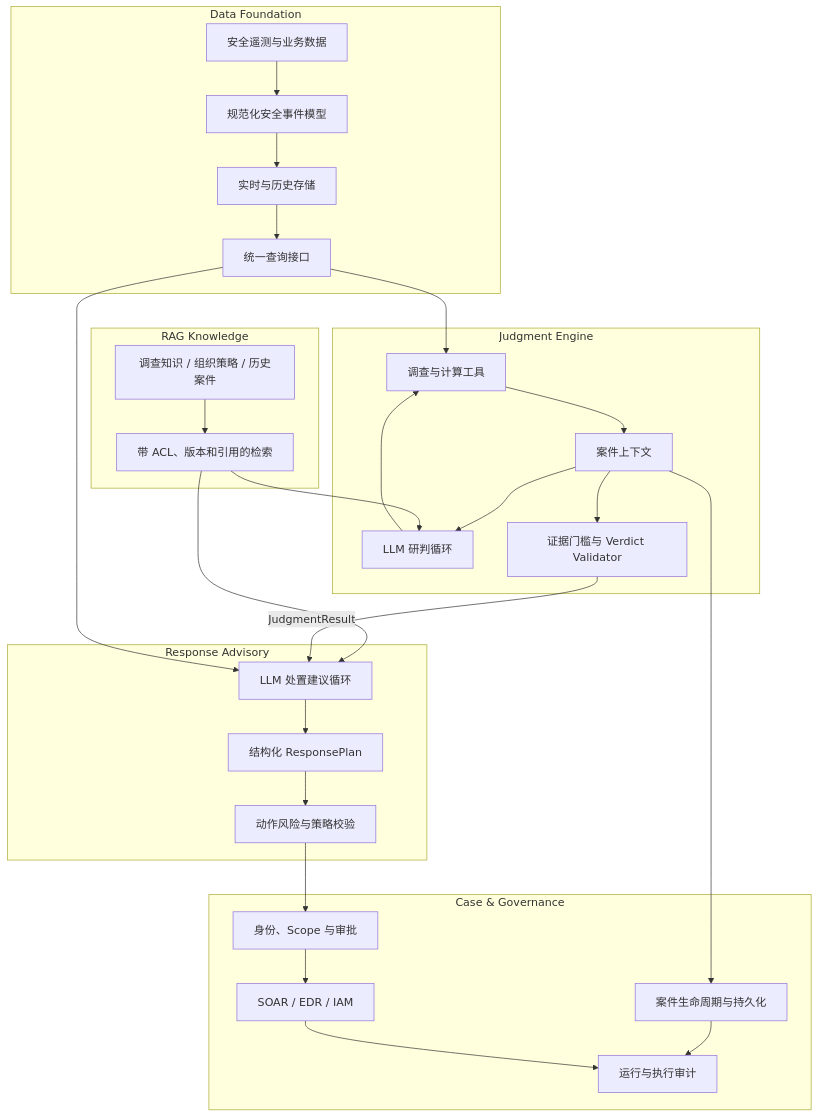
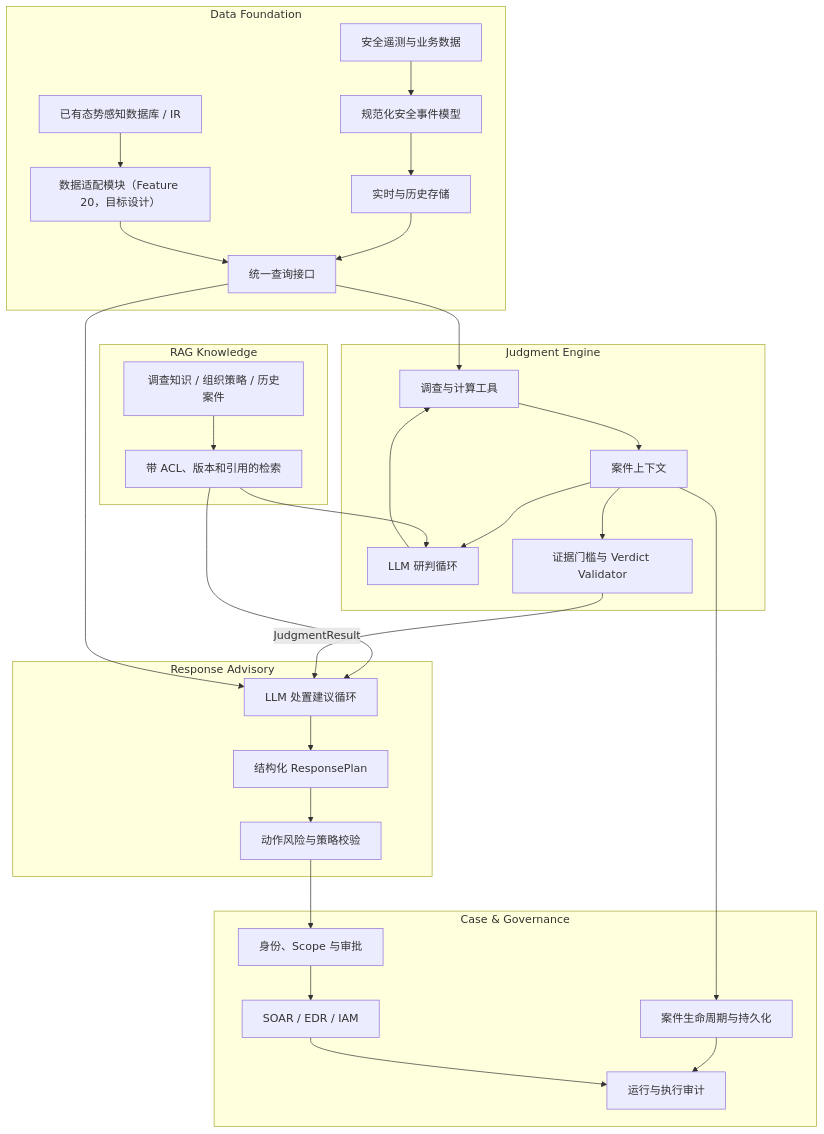
One commit to Tudou77826/unknown-file-threat-agent changed the diagram in .sdd/softwareArchitecture.md. Above: the diagram before and after it, drawn with Mermaid. The commit also changed other lines of this file and 23 other files, not shown here.

````diff
--- a/.sdd/softwareArchitecture.md
+++ b/.sdd/softwareArchitecture.md
@@ -24,43 +24,45 @@
 ```mermaid
 flowchart TB
     subgraph DF["Data Foundation"]
         SRC["安全遥测与业务数据"] --> NORM["规范化安全事件模型"]
         NORM --> STORE["实时与历史存储"]
         STORE --> QUERY["统一查询接口"]
+        EXISTING["已有态势感知数据库 / IR"] --> ADAPTER["数据适配模块（Feature 20，目标设计）"]
+        ADAPTER --> QUERY
     end
 
     subgraph JE["Judgment Engine"]
         JL["LLM 研判循环"]
         JC["案件上下文"]
         JT["调查与计算工具"]
         JV["证据门槛与 Verdict Validator"]
         JL --> JT --> JC --> JL
         JC --> JV
     end
 
     subgraph RK["RAG Knowledge"]
         KB["调查知识 / 组织策略 / 历史案件"] --> RET["带 ACL、版本和引用的检索"]
     end
 
     subgraph RA["Response Advisory"]
         RL["LLM 处置建议循环"] --> RP["结构化 ResponsePlan"]
         RP --> RV["动作风险与策略校验"]
     end
 
     subgraph CG["Case & Governance"]
         CASE["案件生命周期与持久化"]
         IAM["身份、Scope 与审批"]
         AUDIT["运行与执行审计"]
         EXEC["SOAR / EDR / IAM"]
     end
 
     QUERY --> JT
     RET --> JL
     RET --> RL
     JV -->|"JudgmentResult"| RL
     QUERY --> RL
     JC --> CASE
     RV --> IAM --> EXEC
     CASE --> AUDIT
     EXEC --> AUDIT
 ```
````
